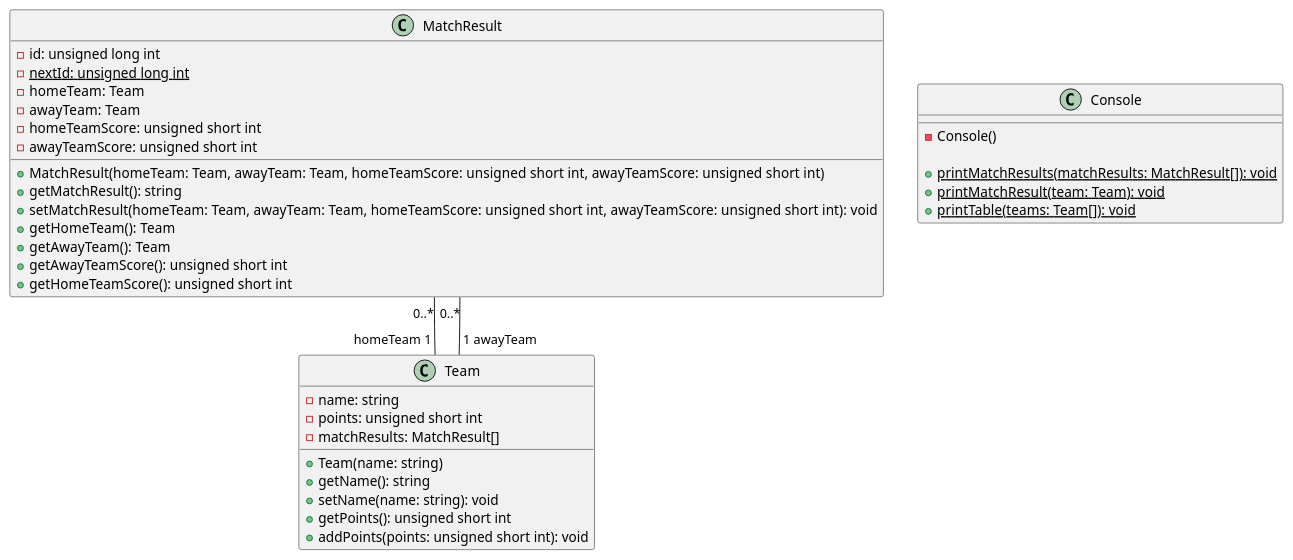
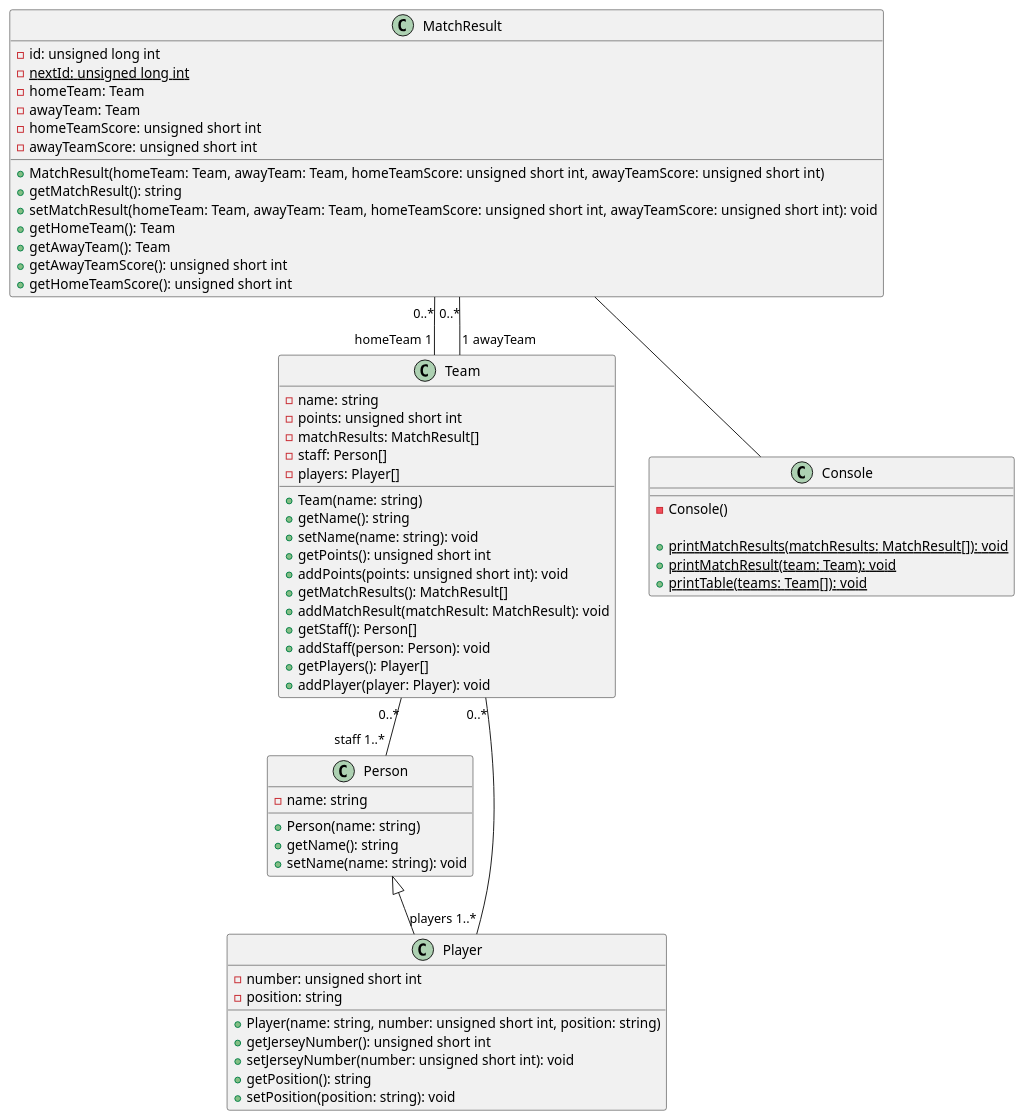
One commit to viniciusmioto/finta changed the diagram in project/init-classes.puml. Above: the diagram before and after it, drawn with PlantUML. The commit also changed 10 other files, not shown here.

Commit message:
add: create Person (staff) & Player classes

```diff
--- a/project/init-classes.puml
+++ b/project/init-classes.puml
@@ -1,43 +1,74 @@
 @startuml name "finta"
 
 class MatchResult {
   - id: unsigned long int
   - {static} nextId: unsigned long int
   - homeTeam: Team
   - awayTeam: Team
   - homeTeamScore: unsigned short int
   - awayTeamScore: unsigned short int
 
   + MatchResult(homeTeam: Team, awayTeam: Team, homeTeamScore: unsigned short int, awayTeamScore: unsigned short int)
   + getMatchResult(): string
   + setMatchResult(homeTeam: Team, awayTeam: Team, homeTeamScore: unsigned short int, awayTeamScore: unsigned short int): void
   + getHomeTeam(): Team
   + getAwayTeam(): Team
   + getAwayTeamScore(): unsigned short int
   + getHomeTeamScore(): unsigned short int
 }
 
 class Team {
   - name: string
   - points: unsigned short int
   - matchResults: MatchResult[]
+  - staff: Person[]
+  - players: Player[]
   
   + Team(name: string)
   + getName(): string
   + setName(name: string): void
   + getPoints(): unsigned short int
   + addPoints(points: unsigned short int): void
+  + getMatchResults(): MatchResult[]
+  + addMatchResult(matchResult: MatchResult): void
+  + getStaff(): Person[]
+  + addStaff(person: Person): void
+  + getPlayers(): Player[]
+  + addPlayer(player: Player): void
+}
+
+class Person {
+  - name: string
+
+  + Person(name: string)
+  + getName(): string
+  + setName(name: string): void
+}
+
+class Player {
+  - number: unsigned short int
+  - position: string
+
+  + Player(name: string, number: unsigned short int, position: string)
+  + getJerseyNumber(): unsigned short int
+  + setJerseyNumber(number: unsigned short int): void
+  + getPosition(): string
+  + setPosition(position: string): void
 }
 
 class Console {
   - Console()
 
   + {static} printMatchResults(matchResults: MatchResult[]): void
   + {static} printMatchResult(team: Team): void
   + {static} printTable(teams: Team[]): void
 }
 
 MatchResult "0..*" -- "homeTeam 1" Team
 MatchResult "0..*" -- "1 awayTeam" Team 
+MatchResult -- Console
+Person <|-- Player
+Team "0..*" -- "staff 1..*" Person
+Team "0..*" -- "players 1..*" Player
 
 @enduml
```
